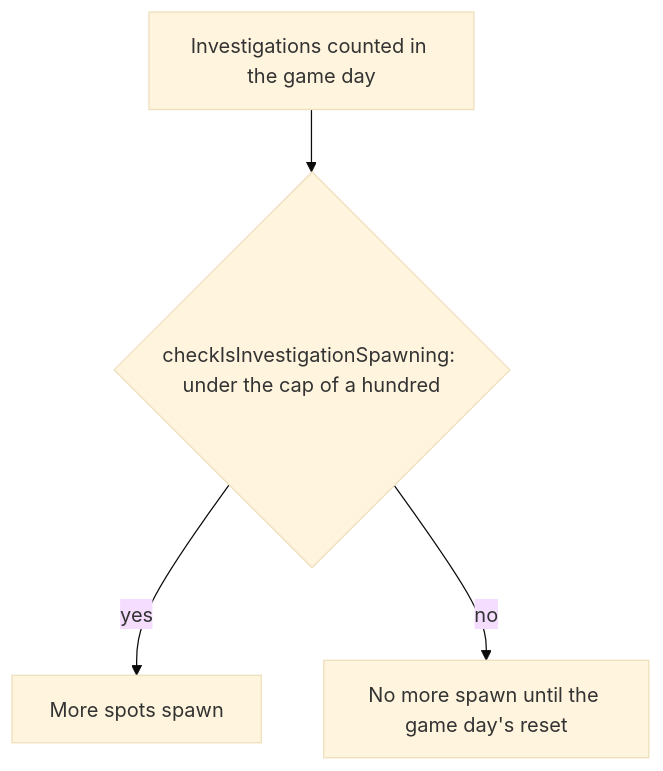
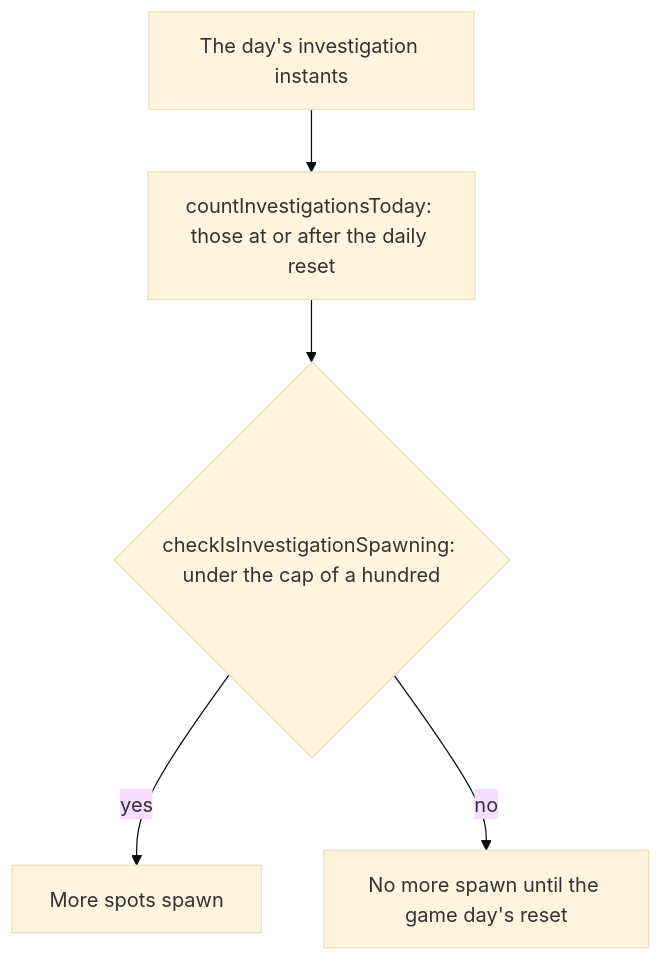
The diagram in openspec/specs/genshin/investigation/design.md (Esposter/Esposter), drawn with Mermaid (base theme) before and after one commit. The commit also changed other lines of this file and 4 other files, not shown here.

First line of the commit message:
docs(openspec): the investigation's game-day count is built, so its change is archived into the as-built page

````diff
--- a/openspec/specs/genshin/investigation/design.md
+++ b/openspec/specs/genshin/investigation/design.md
@@ -7,6 +7,7 @@
 ```mermaid
 flowchart TD
-  C["Investigations counted in the game day"] --> K{"checkIsInvestigationSpawning: under the cap of a hundred"}
+  I["The day's investigation instants"] --> C["countInvestigationsToday: those at or after the daily reset"]
+  C --> K{"checkIsInvestigationSpawning: under the cap of a hundred"}
   K -->|"yes"| S["More spots spawn"]
   K -->|"no"| N["No more spawn until the game day's reset"]
 ```
````
